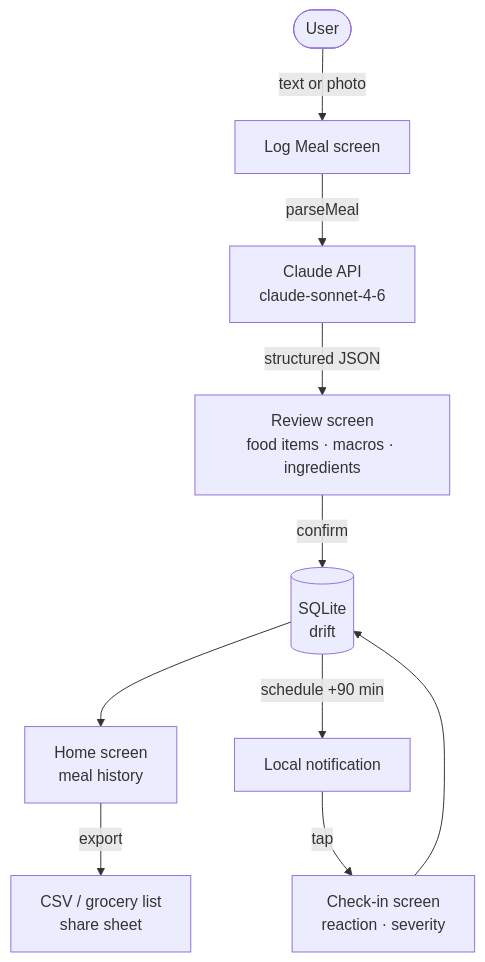
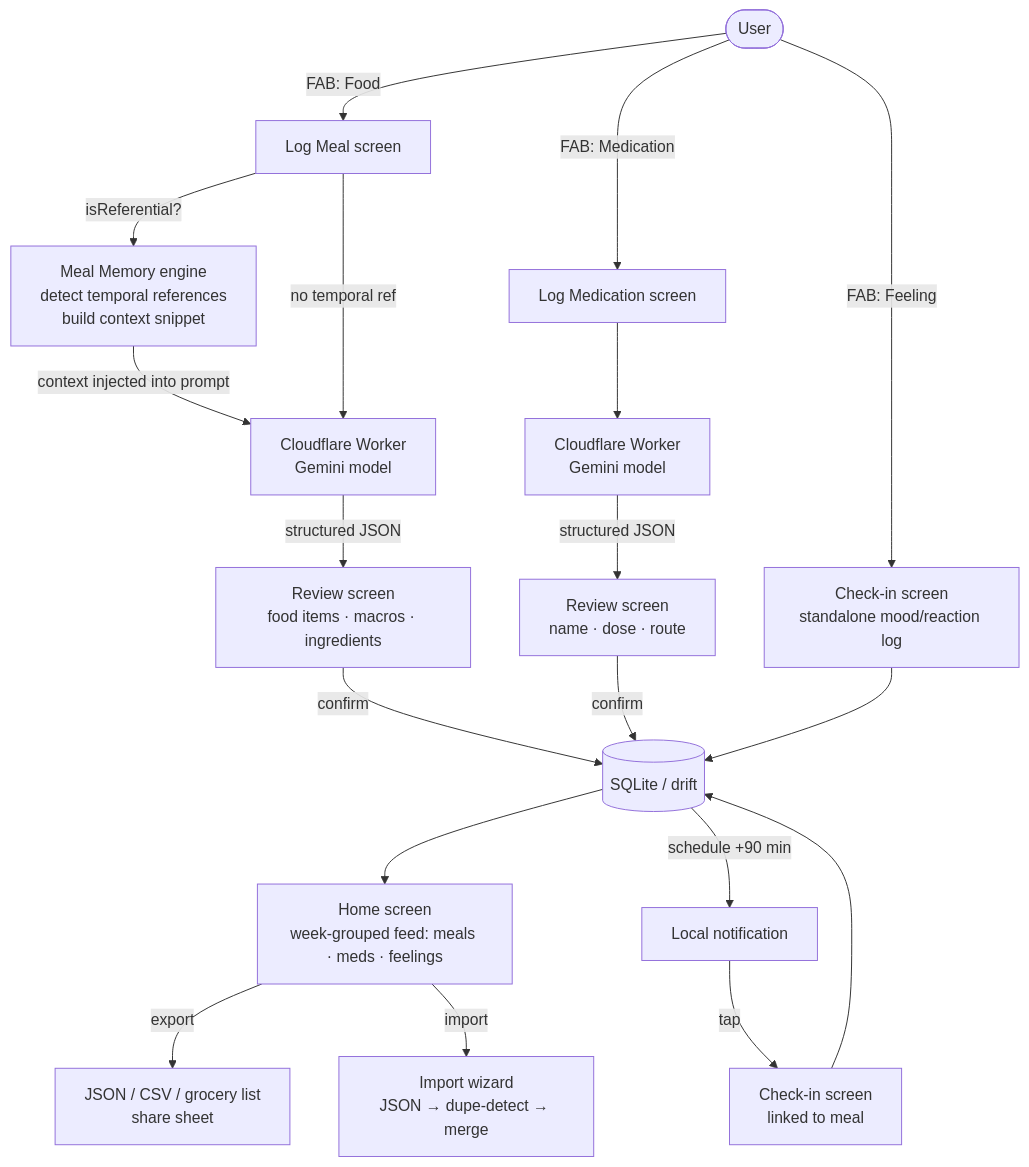
Before and after one commit to SCoureFoure/food-journal: the diagram in README.md, drawn with Mermaid. The commit also changed other lines of this file and 4 other files, not shown here.

````diff
--- a/README.md
+++ b/README.md
@@ -7,12 +7,21 @@
 ```mermaid
 flowchart TD
-    A([User]) -->|text or photo| B[Log Meal screen]
-    B -->|parseMeal| C[Claude API\nclaude-sonnet-4-6]
+    A([User]) -->|FAB: Food| B[Log Meal screen]
+    A -->|FAB: Medication| BM[Log Medication screen]
+    A -->|FAB: Feeling| BF[Check-in screen\nstandalone mood/reaction log]
+    B -->|isReferential?| MEM[Meal Memory engine\ndetect temporal references\nbuild context snippet]
+    MEM -->|context injected into prompt| C[Cloudflare Worker\nGemini model]
+    B -->|no temporal ref| C
+    BM --> CM[Cloudflare Worker\nGemini model]
     C -->|structured JSON| D[Review screen\nfood items · macros · ingredients]
-    D -->|confirm| E[(SQLite\ndrift)]
-    E --> F[Home screen\nmeal history]
+    CM -->|structured JSON| DM[Review screen\nname · dose · route]
+    D -->|confirm| E[(SQLite / drift)]
+    DM -->|confirm| E
+    BF --> E
+    E --> F[Home screen\nweek-grouped feed: meals · meds · feelings]
     E -->|schedule +90 min| G[Local notification]
-    G -->|tap| H[Check-in screen\nreaction · severity]
+    G -->|tap| H[Check-in screen\nlinked to meal]
     H --> E
-    F -->|export| I[CSV / grocery list\nshare sheet]
+    F -->|export| I[JSON / CSV / grocery list\nshare sheet]
+    F -->|import| J[Import wizard\nJSON → dupe-detect → merge]
 ```
````
